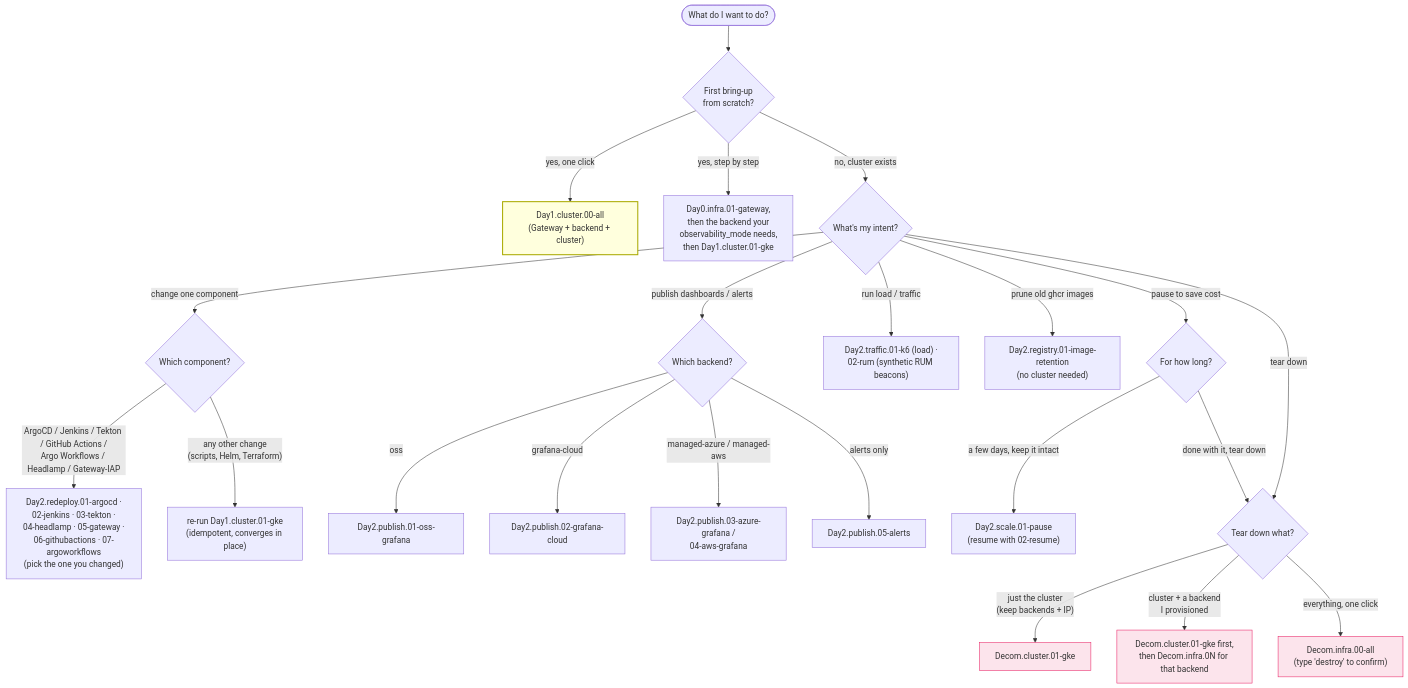
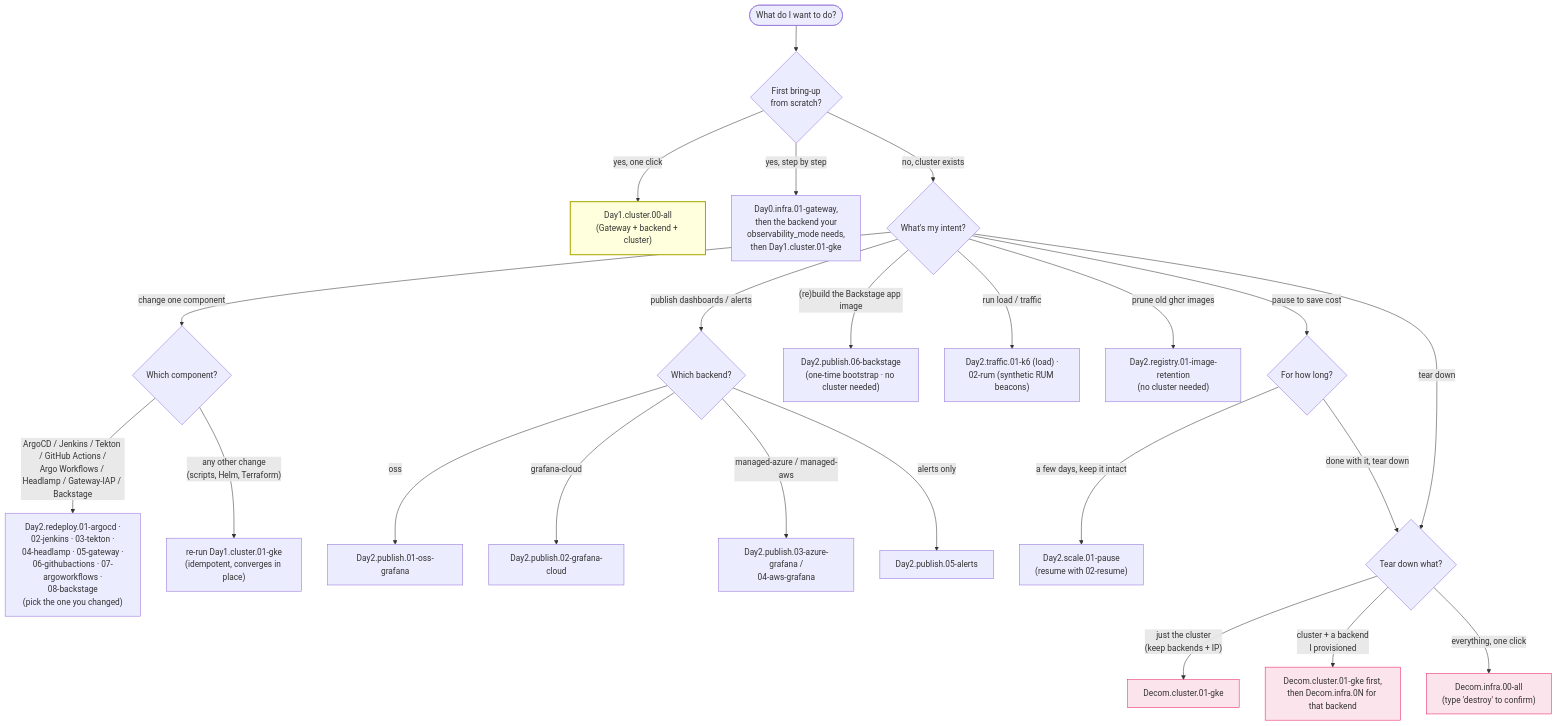
One commit to nubenetes/jenkins-2026 changed the third of 10 diagrams in docs/101-GITHUB_ACTIONS_WORKFLOWS.md. Above: the diagram before and after it, drawn with Mermaid. The commit also changed other lines of this file and 130 other files, not shown here.

````diff
--- a/docs/101-GITHUB_ACTIONS_WORKFLOWS.md
+++ b/docs/101-GITHUB_ACTIONS_WORKFLOWS.md
@@ -259,36 +264,38 @@
 ```mermaid
 flowchart TD
     START(["What do I want to do?"])
 
     START --> Q_FIRST{"First bring-up<br/>from scratch?"}
     Q_FIRST -->|"yes, one click"| UMB["Day1.cluster.00-all<br/>(Gateway + backend + cluster)"]
     Q_FIRST -->|"yes, step by step"| STEPS["Day0.infra.01-gateway,<br/>then the backend your<br/>observability_mode needs,<br/>then Day1.cluster.01-gke"]
     Q_FIRST -->|"no, cluster exists"| Q_INTENT{"What's my intent?"}
 
     Q_INTENT -->|"change one component"| Q_WHAT{"Which component?"}
-    Q_WHAT -->|"ArgoCD / Jenkins / Tekton / GitHub Actions /<br/>Argo Workflows / Headlamp / Gateway-IAP"| REDEPLOY["Day2.redeploy.01-argocd ·<br/>02-jenkins · 03-tekton ·<br/>04-headlamp · 05-gateway ·<br/>06-githubactions · 07-argoworkflows<br/>(pick the one you changed)"]
+    Q_WHAT -->|"ArgoCD / Jenkins / Tekton / GitHub Actions /<br/>Argo Workflows / Headlamp / Gateway-IAP / Backstage"| REDEPLOY["Day2.redeploy.01-argocd ·<br/>02-jenkins · 03-tekton ·<br/>04-headlamp · 05-gateway ·<br/>06-githubactions · 07-argoworkflows ·<br/>08-backstage<br/>(pick the one you changed)"]
     Q_WHAT -->|"any other change<br/>(scripts, Helm, Terraform)"| RERUN["re-run Day1.cluster.01-gke<br/>(idempotent, converges in place)"]
 
     Q_INTENT -->|"publish dashboards / alerts"| Q_BACKEND{"Which backend?"}
     Q_BACKEND -->|"oss"| POSS["Day2.publish.01-oss-grafana"]
     Q_BACKEND -->|"grafana-cloud"| PGC["Day2.publish.02-grafana-cloud"]
     Q_BACKEND -->|"managed-azure / managed-aws"| PMAN["Day2.publish.03-azure-grafana /<br/>04-aws-grafana"]
     Q_BACKEND -->|"alerts only"| PALERT["Day2.publish.05-alerts"]
+
+    Q_INTENT -->|"(re)build the Backstage app image"| PBST["Day2.publish.06-backstage<br/>(one-time bootstrap · no cluster needed)"]
 
     Q_INTENT -->|"run load / traffic"| TRAFFIC["Day2.traffic.01-k6 (load) ·<br/>02-rum (synthetic RUM beacons)"]
     Q_INTENT -->|"prune old ghcr images"| REG["Day2.registry.01-image-retention<br/>(no cluster needed)"]
 
     Q_INTENT -->|"pause to save cost"| Q_DURATION{"For how long?"}
     Q_DURATION -->|"a few days, keep it intact"| PAUSE["Day2.scale.01-pause<br/>(resume with 02-resume)"]
     Q_DURATION -->|"done with it, tear down"| Q_TEAR{"Tear down what?"}
 
     Q_INTENT -->|"tear down"| Q_TEAR
     Q_TEAR -->|"just the cluster<br/>(keep backends + IP)"| DCLUSTER["Decom.cluster.01-gke"]
     Q_TEAR -->|"cluster + a backend<br/>I provisioned"| DTARGET["Decom.cluster.01-gke first,<br/>then Decom.infra.0N for that backend"]
     Q_TEAR -->|"everything, one click"| DALL["Decom.infra.00-all<br/>(type 'destroy' to confirm)"]
 
     classDef umb fill:#ffd,stroke:#aa0,stroke-width:2px;
     classDef destroy fill:#fce4ec,stroke:#e91e63;
     class UMB umb;
     class DCLUSTER,DTARGET,DALL destroy;
 ```
````
